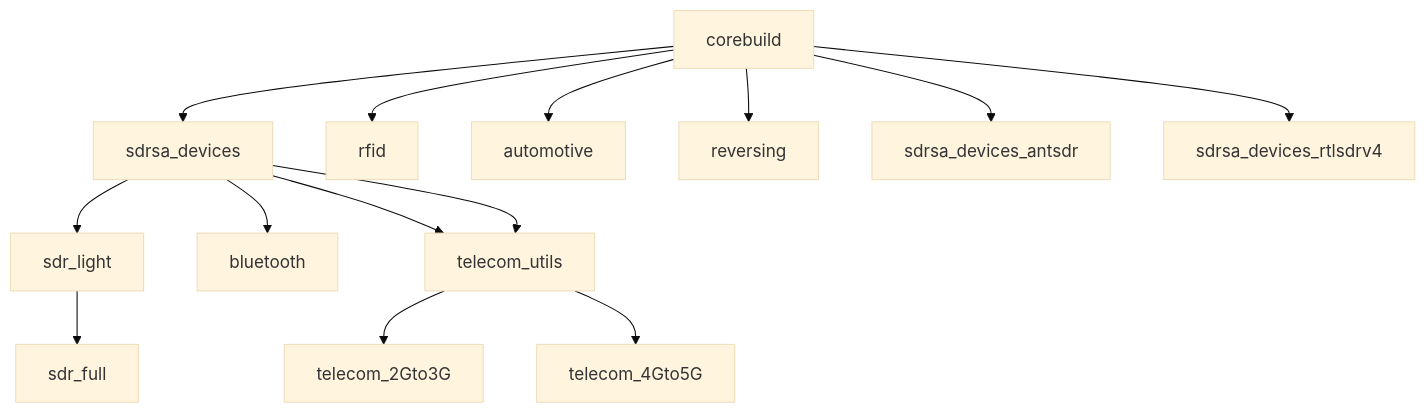
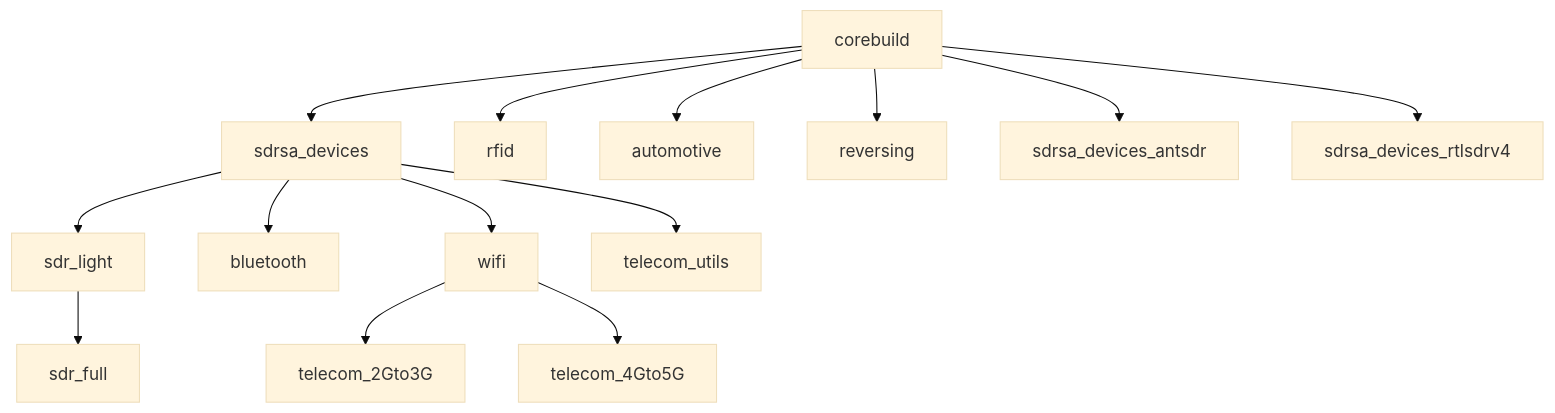
Before and after one commit to PentHertz/rfswift-doc-v2: the diagram in content/docs/guide/list-of-images.md, drawn with Mermaid (base theme). The commit also changed 1 other file, not shown here.

Commit message:
Fixing graphs

````diff
--- a/content/docs/guide/list-of-images.md
+++ b/content/docs/guide/list-of-images.md
@@ -61,16 +61,16 @@
 ```mermaid
 graph TD;
     A[corebuild]-->B[sdrsa_devices];
     A-->C[rfid];
     A-->D[automotive];
     A-->E[reversing];
     A-->F[sdrsa_devices_antsdr];
     A-->G[sdrsa_devices_rtlsdrv4];
     B[sdrsa_devices]-->H[sdr_light];
     B[sdrsa_devices]-->I[bluetooth];
     B[sdrsa_devices]-->J[wifi];
-    B[sdrsa_devices]-->J[telecom_utils];
-    J-->L[telecom_2Gto3G];
-    J-->M[telecom_4Gto5G];
+    B[sdrsa_devices]-->L[telecom_utils];
+    J-->M[telecom_2Gto3G];
+    J-->N[telecom_4Gto5G];
     H-->K[sdr_full]
 ```
````
